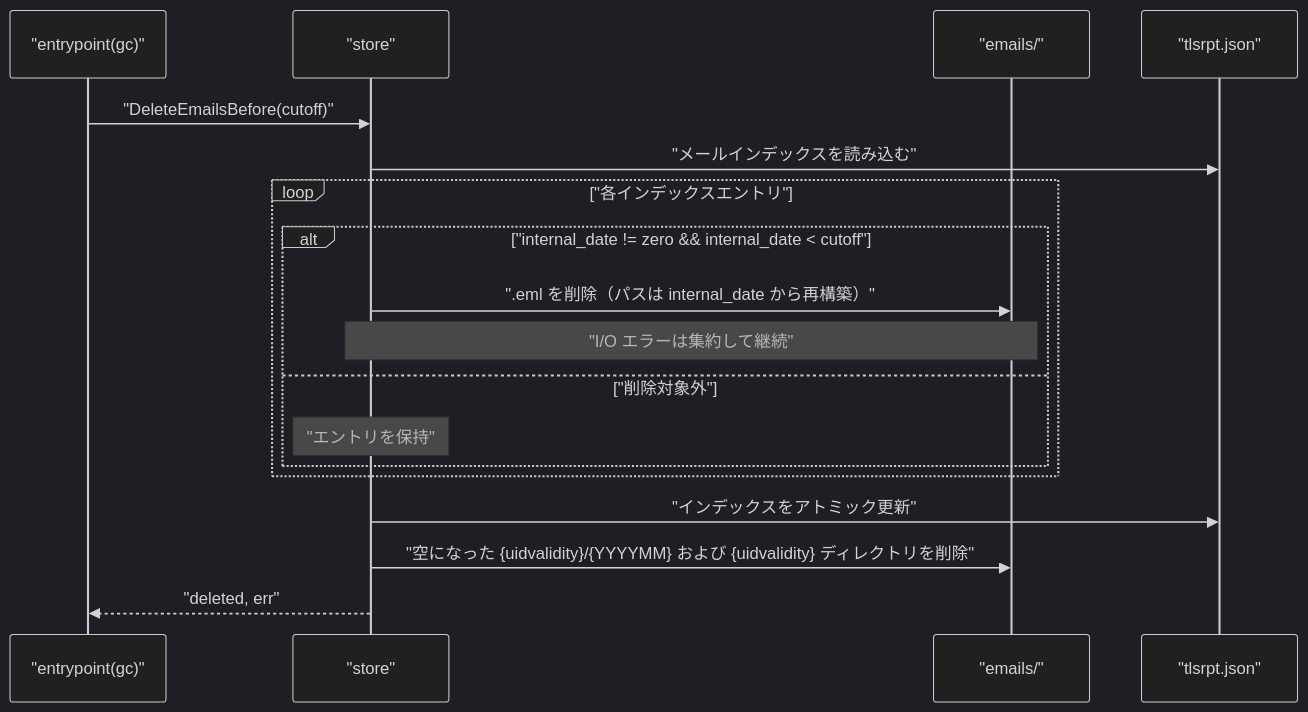
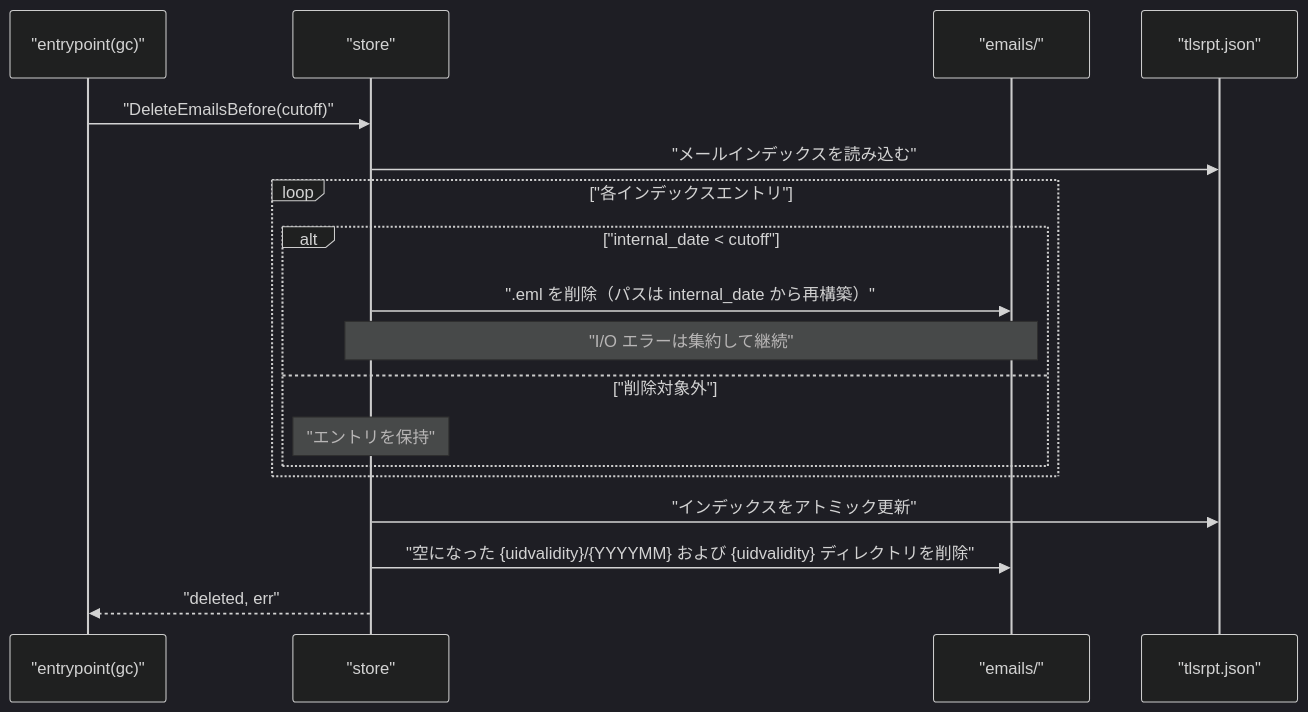
Before and after one commit to isseis/tlsrpt-digest: the eighth of 9 diagrams in docs/tasks/0041_store_gc_simplify/02_architecture.md, drawn with Mermaid (dark theme).

Commit message:
docs(0041): fix sequence diagram to remove zero guard from DeleteEmailsBefore
Align section 2.3 sequence diagram with AC-03 and section 6.1 flowchart:
internal_date < cutoff (no zero guard).

````diff
--- a/docs/tasks/0041_store_gc_simplify/02_architecture.md
+++ b/docs/tasks/0041_store_gc_simplify/02_architecture.md
@@ -189,21 +189,21 @@
 ```mermaid
 sequenceDiagram
     participant EP as "entrypoint(gc)"
     participant ST as "store"
     participant EF as "emails/"
     participant DF as "tlsrpt.json"
 
     EP->>ST: "DeleteEmailsBefore(cutoff)"
     ST->>DF: "メールインデックスを読み込む"
     loop "各インデックスエントリ"
-        alt "internal_date != zero && internal_date < cutoff"
+        alt "internal_date < cutoff"
             ST->>EF: ".eml を削除（パスは internal_date から再構築）"
             Note over ST,EF: "I/O エラーは集約して継続"
         else "削除対象外"
             Note over ST: "エントリを保持"
         end
     end
     ST->>DF: "インデックスをアトミック更新"
     ST->>EF: "空になった {uidvalidity}/{YYYYMM} および {uidvalidity} ディレクトリを削除"
     ST-->>EP: "deleted, err"
 ```
````
